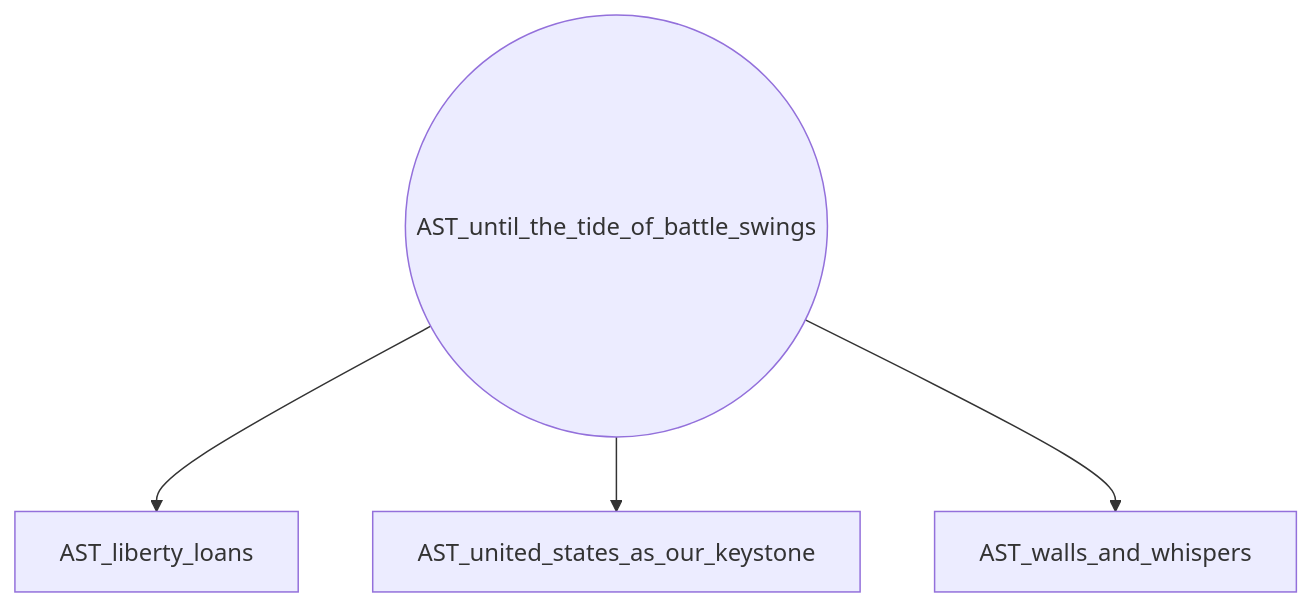
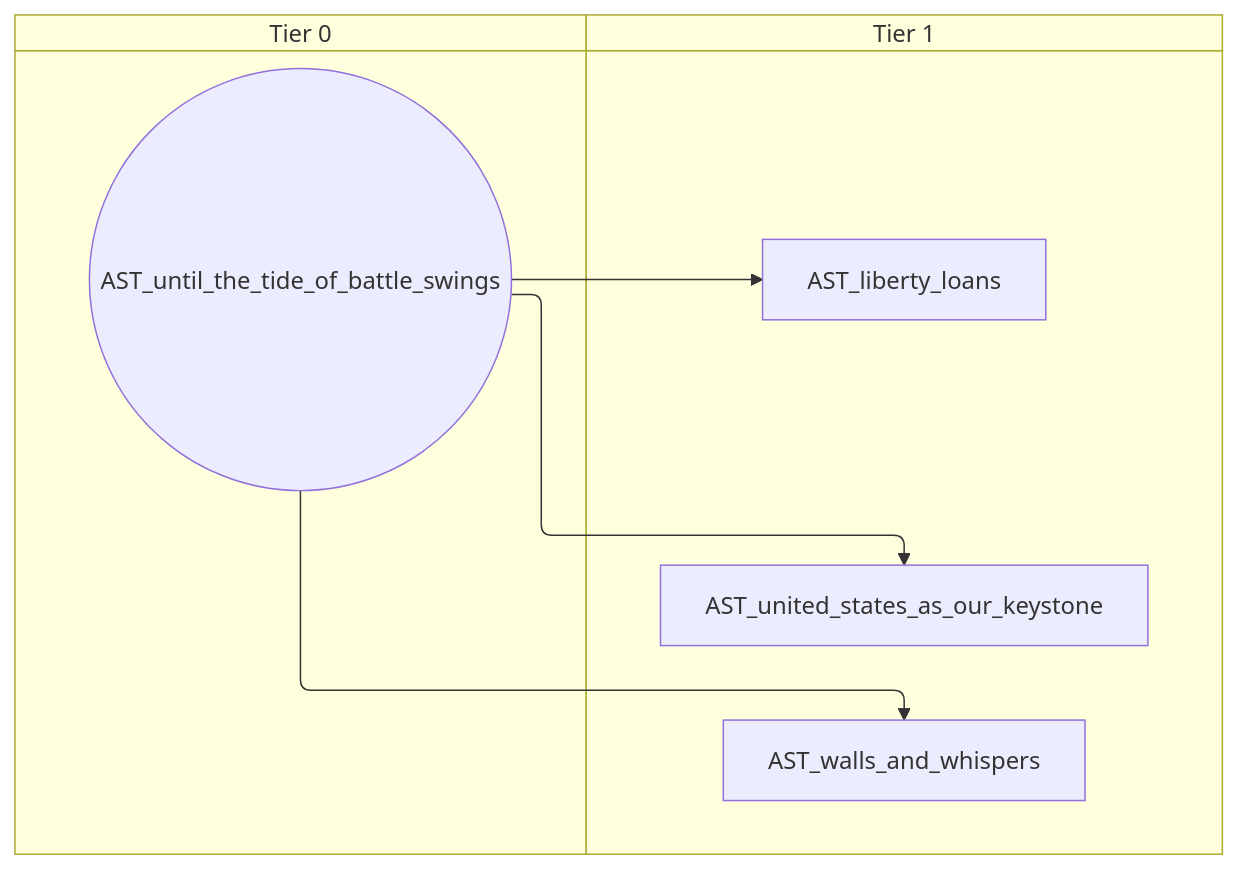
Before and after one commit to evgeny-sobol/hoi4-sandbox-mode-r56: diagram 14 of 15 in docs/gdd/National Focuses/r56/australia_taog.md, drawn with Mermaid. The commit also changed other lines of this file and 423 other files, not shown here.

First line of the commit message:
Re-export Rt56 focus trees as swimlane diagrams

````diff
--- a/docs/gdd/National Focuses/r56/australia_taog.md
+++ b/docs/gdd/National Focuses/r56/australia_taog.md
@@ -603,10 +729,14 @@
 ```mermaid
-flowchart TD
-    n206["AST_liberty_loans"]
-    n207["AST_united_states_as_our_keystone"]
-    n208(("AST_until_the_tide_of_battle_swings"))
-    n209["AST_walls_and_whispers"]
-    n208 --> n206
-    n208 --> n207
-    n208 --> n209
+swimlane-beta TD
+    subgraph tier_0["Tier 0"]
+        n206(("AST_until_the_tide_of_battle_swings"))
+    end
+    subgraph tier_1["Tier 1"]
+        n207["AST_liberty_loans"]
+        n208["AST_united_states_as_our_keystone"]
+        n209["AST_walls_and_whispers"]
+    end
+    n206 --> n207
+    n206 --> n208
+    n206 --> n209
 ```
````
